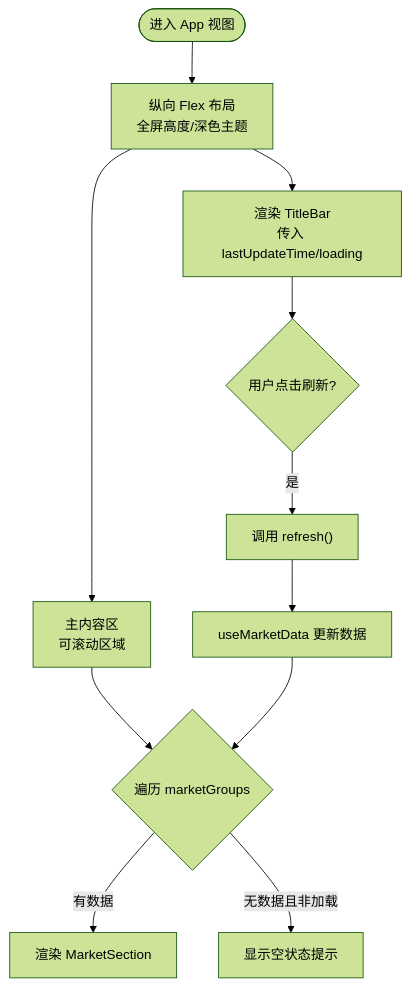
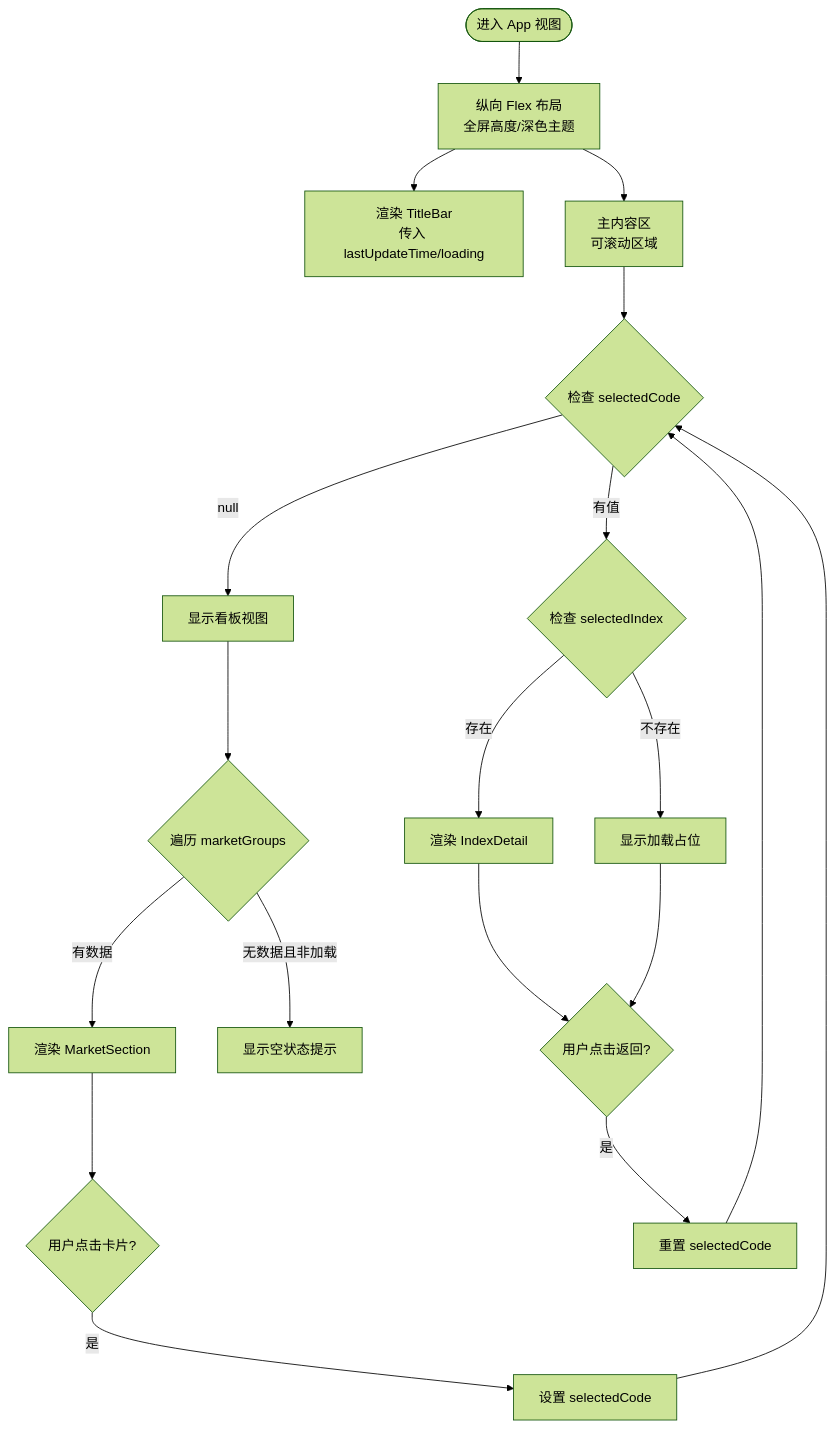
One commit to jiashaoying/hq-kanban-app changed the third of 5 diagrams in .qoder/repowiki/zh/content/前端开发/组件系统/App根组件.md. Above: the diagram before and after it, drawn with Mermaid (forest theme). The commit also changed other lines of this file and 7 other files, not shown here.

````diff
--- a/.qoder/repowiki/zh/content/前端开发/组件系统/App根组件.md
+++ b/.qoder/repowiki/zh/content/前端开发/组件系统/App根组件.md
@@ -143,13 +184,21 @@
 ```mermaid
 flowchart TD
 Start(["进入 App 视图"]) --> Layout["纵向 Flex 布局<br/>全屏高度/深色主题"]
 Layout --> Header["渲染 TitleBar<br/>传入 lastUpdateTime/loading"]
 Layout --> Content["主内容区<br/>可滚动区域"]
-Content --> RenderGroups{"遍历 marketGroups"}
+Content --> CheckView{"检查 selectedCode"}
+CheckView --> |null| Board["显示看板视图"]
+CheckView --> |有值| Detail{"检查 selectedIndex"}
+Board --> RenderGroups{"遍历 marketGroups"}
 RenderGroups --> |有数据| Sections["渲染 MarketSection"]
 RenderGroups --> |无数据且非加载| Empty["显示空状态提示"]
-Header --> Refresh{"用户点击刷新?"}
-Refresh --> |是| CallRefresh["调用 refresh()"]
-CallRefresh --> Update["useMarketData 更新数据"]
-Update --> RenderGroups
+Detail --> |存在| ShowDetail["渲染 IndexDetail"]
+Detail --> |不存在| Loading["显示加载占位"]
+Sections --> SelectEvent{"用户点击卡片?"}
+SelectEvent --> |是| SetCode["设置 selectedCode"]
+SetCode --> CheckView
+ShowDetail --> BackEvent{"用户点击返回?"}
+BackEvent --> |是| ResetCode["重置 selectedCode"]
+ResetCode --> CheckView
+Loading --> BackEvent
 ```
````
